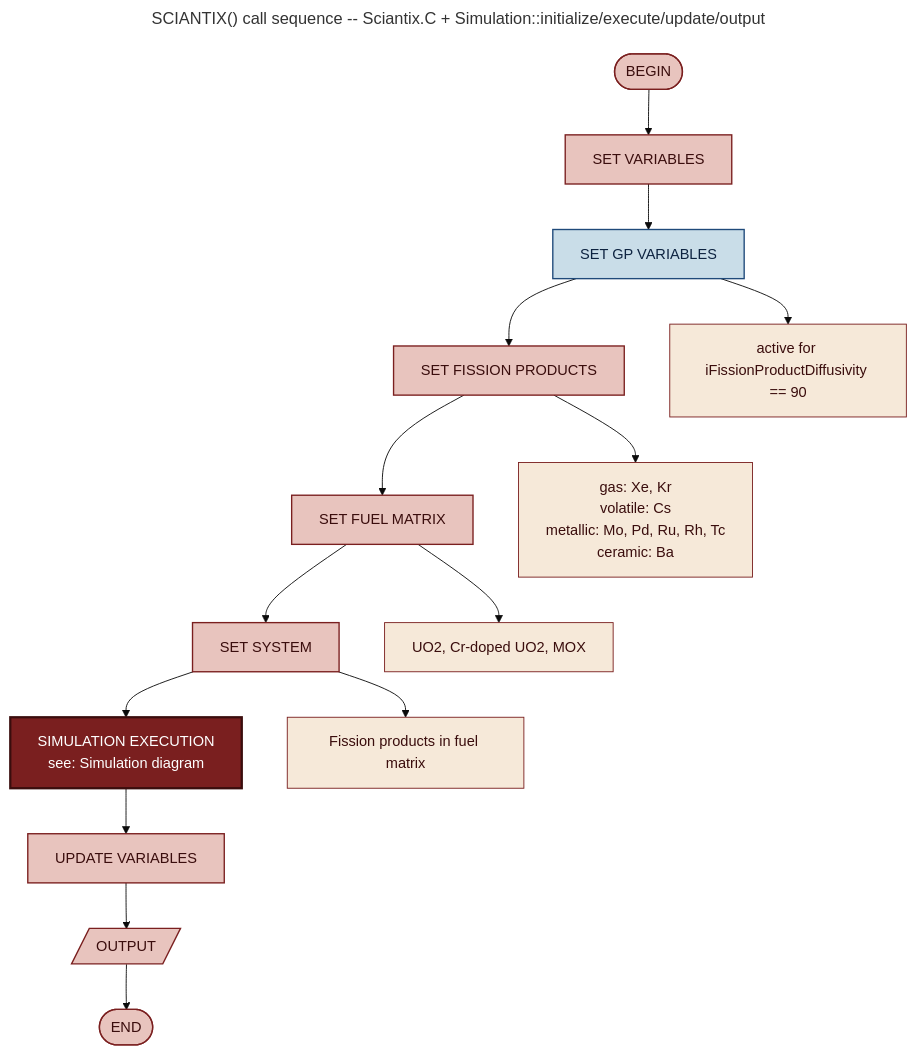
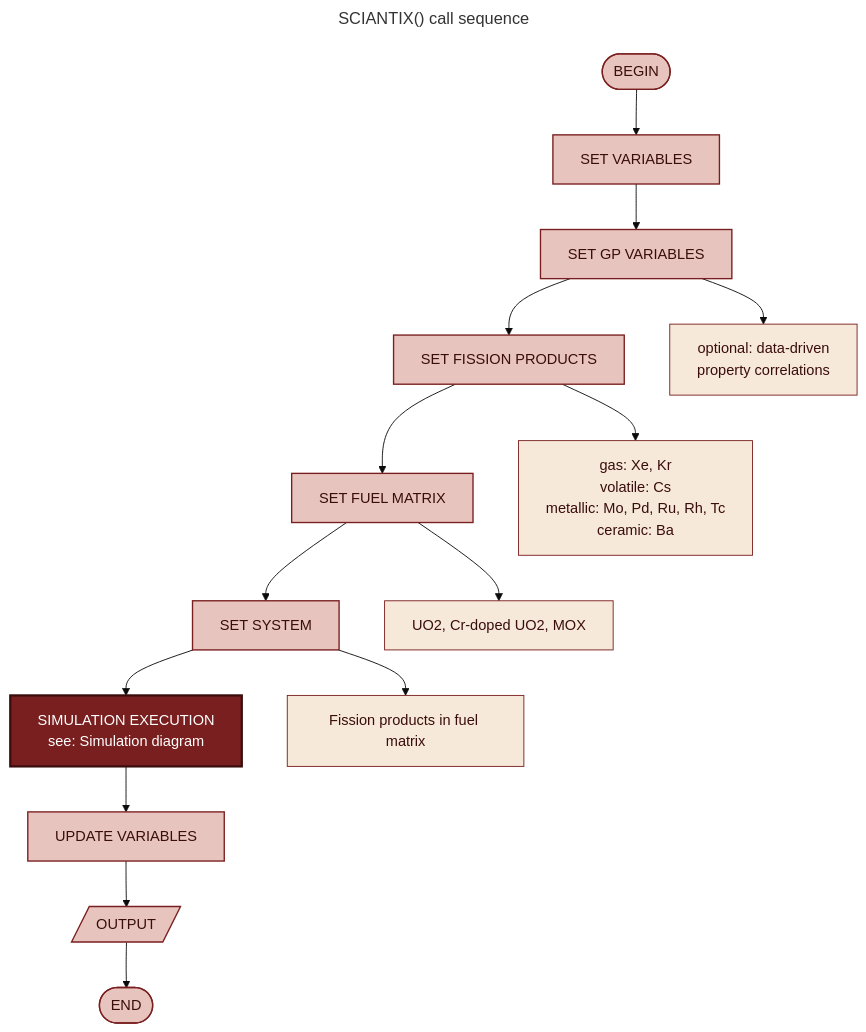
Before and after one commit to sciantix/sciantix-official: the diagram in utilities/workflow/SCIANTIXcall.mmd, drawn with Mermaid (base theme). The commit also changed 136 other files, not shown here.

```diff
--- a/utilities/workflow/SCIANTIXcall.mmd
+++ b/utilities/workflow/SCIANTIXcall.mmd
@@ -1,37 +1,35 @@
 ---
-title: SCIANTIX() call sequence -- Sciantix.C + Simulation::initialize/execute/update/output
+title: SCIANTIX() call sequence
 ---
 flowchart TB
     C_BEGIN(["BEGIN"])
     setVariables["SET VARIABLES"]
     setGPVariables["SET GP VARIABLES"]
     setFissionProducts["SET FISSION PRODUCTS"]
     setMatrix["SET FUEL MATRIX"]
     setSystem["SET SYSTEM"]
     execute["SIMULATION EXECUTION<br/>see: Simulation diagram"]
     update["UPDATE VARIABLES"]
     output[/"OUTPUT"/]
     C_END(["END"])
 
     C_BEGIN --> setVariables --> setGPVariables --> setFissionProducts --> setMatrix --> setSystem --> execute --> update --> output --> C_END
 
-    setGPVariables_note["active for iFissionProductDiffusivity == 90"]
+    setGPVariables_note["optional: data-driven<br/>property correlations"]
     setGPVariables --> setGPVariables_note
     setFissionProducts_note["gas: Xe, Kr<br/>volatile: Cs<br/>metallic: Mo, Pd, Ru, Rh, Tc<br/>ceramic: Ba"]
     setFissionProducts --> setFissionProducts_note
     setMatrix_note["UO2, Cr-doped UO2, MOX"]
     setMatrix --> setMatrix_note
     setSystem_note["Fission products in fuel matrix"]
     setSystem --> setSystem_note
 
     classDef terminal fill:#E8C4BE,stroke:#7A1F1F,stroke-width:1.5px,color:#3a0d0d;
     classDef process fill:#E8C4BE,stroke:#7A1F1F,stroke-width:1.5px,color:#3a0d0d;
-    classDef gpvar fill:#C9DDE8,stroke:#1F4A7A,stroke-width:1.5px,color:#0d2340;
     classDef note fill:#F6E9D9,stroke:#7A1F1F,stroke-width:1px,color:#3a0d0d;
     classDef highlight fill:#7A1F1F,stroke:#3a0d0d,stroke-width:2.5px,color:#ffffff;
 
     class C_BEGIN,C_END terminal;
-    class setVariables,setFissionProducts,setMatrix,setSystem,update,output process;
-    class setGPVariables gpvar;
+    class setVariables,setGPVariables,setFissionProducts,setMatrix,setSystem,update,output process;
     class execute highlight;
     class setFissionProducts_note,setMatrix_note,setSystem_note,setGPVariables_note note;
```
